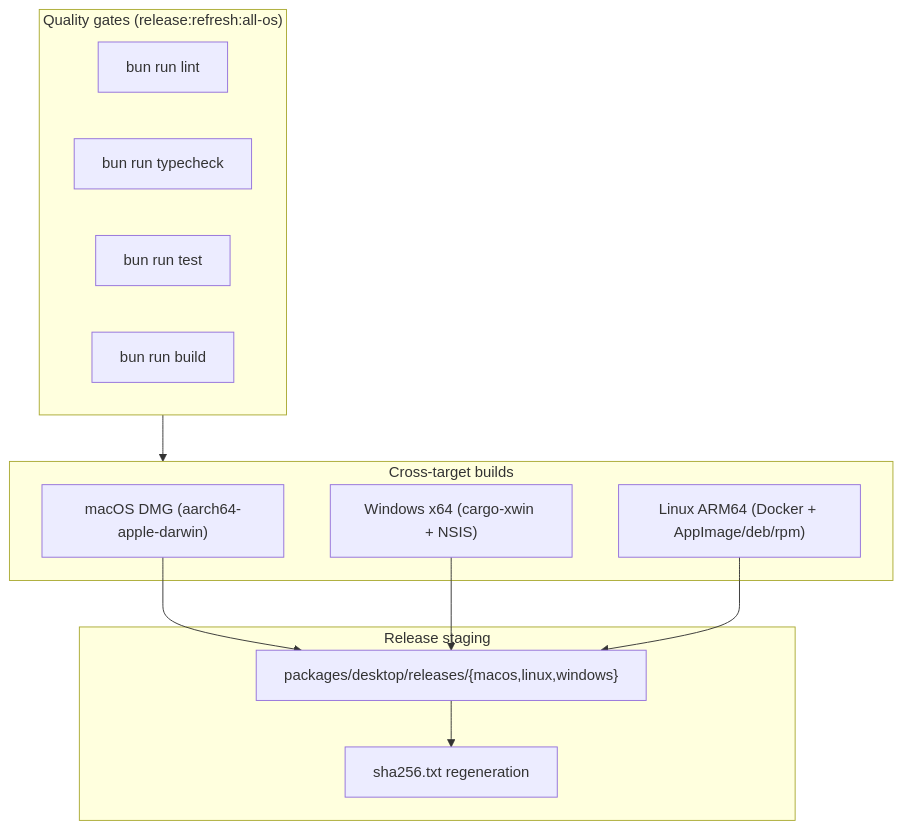
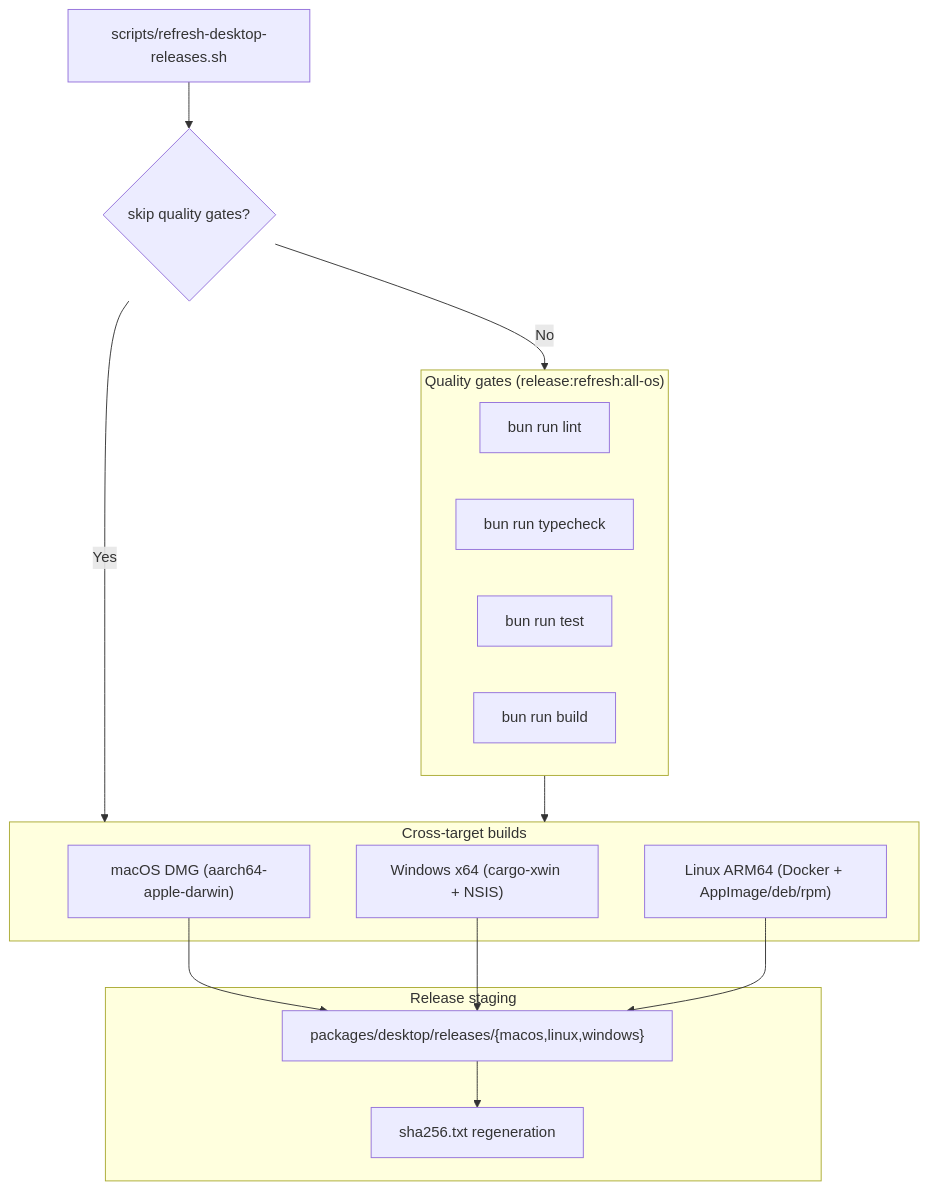
One commit to d4551/baobuildbuddy changed the diagram in packages/desktop/releases/README.md. Above: the diagram before and after it, drawn with Mermaid. The commit also changed 13 other files, not shown here.

````diff
--- a/packages/desktop/releases/README.md
+++ b/packages/desktop/releases/README.md
@@ -43,26 +43,30 @@
 ```mermaid
 flowchart TD
+  Refresh["scripts/refresh-desktop-releases.sh"] --> QualityMode{"skip quality gates?"}
+
   subgraph QualityGates["Quality gates (release:refresh:all-os)"]
     Lint["bun run lint"]
     Typecheck["bun run typecheck"]
     Test["bun run test"]
     Build["bun run build"]
   end
 
   subgraph Targets["Cross-target builds"]
     MacOS["macOS DMG (aarch64-apple-darwin)"]
     Windows["Windows x64 (cargo-xwin + NSIS)"]
     Linux["Linux ARM64 (Docker + AppImage/deb/rpm)"]
   end
 
   subgraph Staging["Release staging"]
     Stage["packages/desktop/releases/{macos,linux,windows}"]
     Checksum["sha256.txt regeneration"]
   end
 
+  QualityMode -->|No| QualityGates
+  QualityMode -->|Yes| Targets
   QualityGates --> Targets
   MacOS --> Stage
   Windows --> Stage
   Linux --> Stage
   Stage --> Checksum
 ```
````
